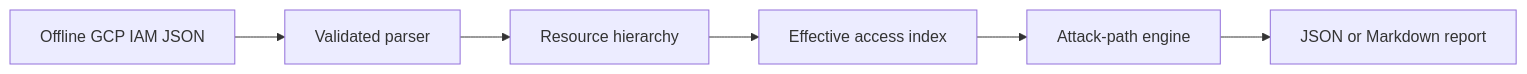
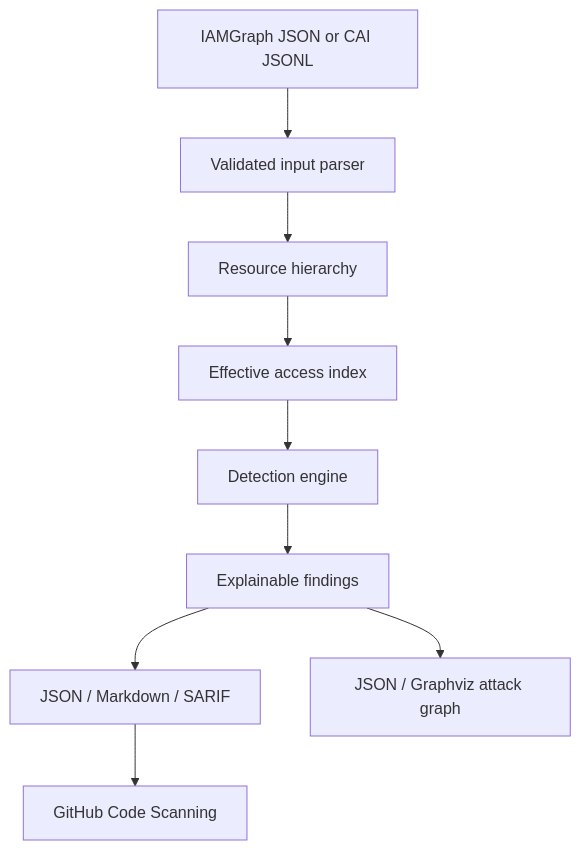
The first of 2 diagrams in README.md (Parakh-Shinde/GCP-IAMGraph), drawn with Mermaid before and after one commit. The commit also changed other lines of this file, not shown here.

````diff
--- a/README.md
+++ b/README.md
@@ -58,8 +60,11 @@
 ```mermaid
-flowchart LR
-    A[Offline GCP IAM JSON] --> B[Validated parser]
-    B --> C[Resource hierarchy]
-    C --> D[Effective access index]
-    D --> E[Attack-path engine]
-    E --> F[JSON or Markdown report]
+flowchart TD
+    A["IAMGraph JSON or CAI JSONL"] --> B["Validated input parser"]
+    B --> C["Resource hierarchy"]
+    C --> D["Effective access index"]
+    D --> E["Detection engine"]
+    E --> F["Explainable findings"]
+    F --> G["JSON / Markdown / SARIF"]
+    F --> H["JSON / Graphviz attack graph"]
+    G --> I["GitHub Code Scanning"]
 ```
````
